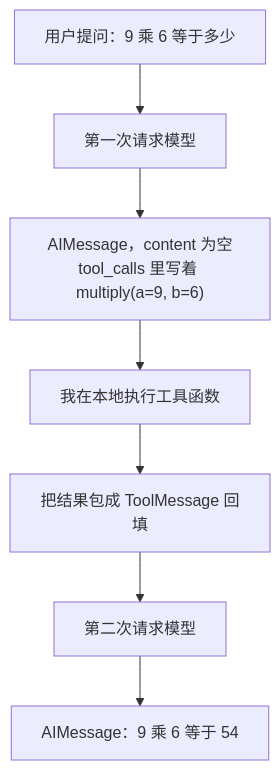
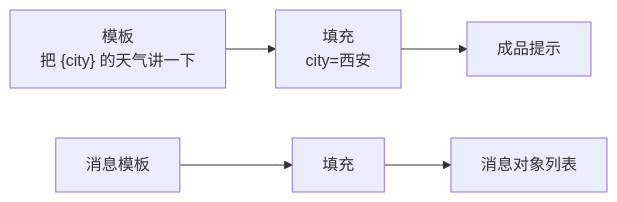
The seventh of 12 diagrams in src/content/posts/ai/langchain-nengli-xiangjie.md (HandlerOne01/IMiss_Blog), drawn with Mermaid before and after one commit. The commit also changed other lines of this file and 6 other files, not shown here.

````diff
--- a/src/content/posts/ai/langchain-nengli-xiangjie.md
+++ b/src/content/posts/ai/langchain-nengli-xiangjie.md
@@ -272,9 +1503,6 @@
 ```mermaid
-flowchart TD
-    H["用户提问：9 乘 6 等于多少"] --> M1["第一次请求模型"]
-    M1 --> TC["AIMessage，content 为空<br/>tool_calls 里写着 multiply(a=9, b=6)"]
-    TC --> EX["我在本地执行工具函数"]
-    EX --> TM["把结果包成 ToolMessage 回填"]
-    TM --> M2["第二次请求模型"]
-    M2 --> FIN["AIMessage：9 乘 6 等于 54"]
+flowchart LR
+    T["模板<br/>把 {city} 的天气讲一下"] --> F["填充<br/>city=西安"]
+    F --> P["成品提示"]
+    T2["消息模板"] --> F2["填充"] --> P2["消息对象列表"]
 ```
````
